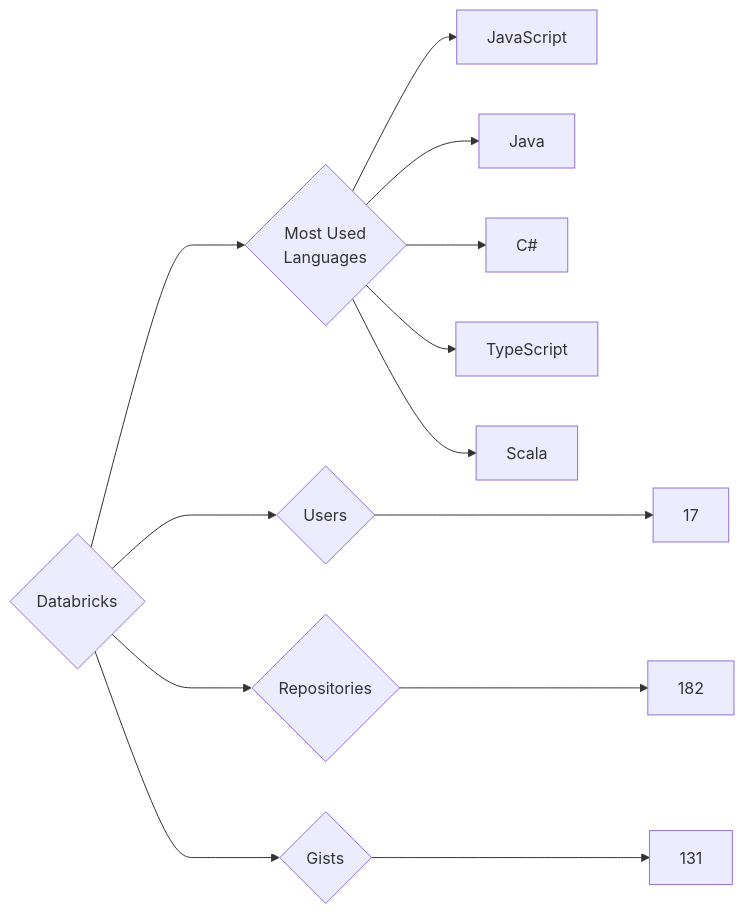
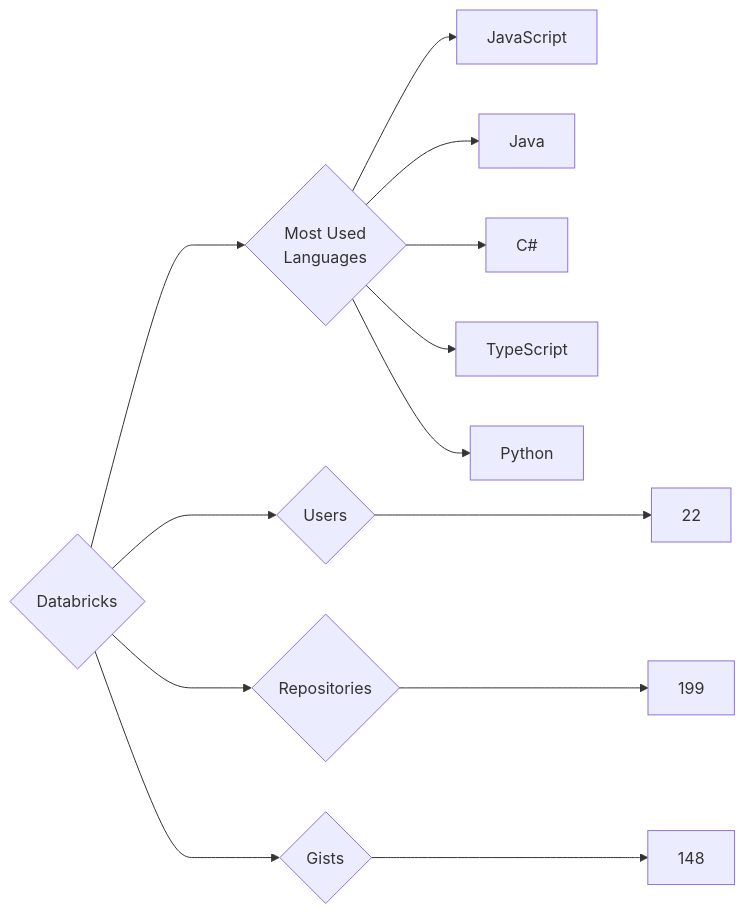
Before and after one commit to trickest/insiders: the diagram in targets/Databricks/README.md, drawn with Mermaid. The commit also changed 679 other files, not shown here.

````diff
--- a/targets/Databricks/README.md
+++ b/targets/Databricks/README.md
@@ -3,13 +3,13 @@
 ```mermaid
 graph LR
 COMPANY_NAME{Databricks}
-COMPANY_NAME ---> U{Users} ---> UN[17]
-COMPANY_NAME ---> R{Repositories} ---> RN[182]
-COMPANY_NAME ---> G{Gists} ---> GN[131]
+COMPANY_NAME ---> U{Users} ---> UN[22]
+COMPANY_NAME ---> R{Repositories} ---> RN[199]
+COMPANY_NAME ---> G{Gists} ---> GN[148]
 COMPANY_NAME ---> ML{Most Used<br>Languages}
 ML --> JavaScript[JavaScript]
 ML --> Java[Java]
 ML --> C#[C#]
 ML --> TypeScript[TypeScript]
-ML --> Scala[Scala]
+ML --> Python[Python]
 ```
````
